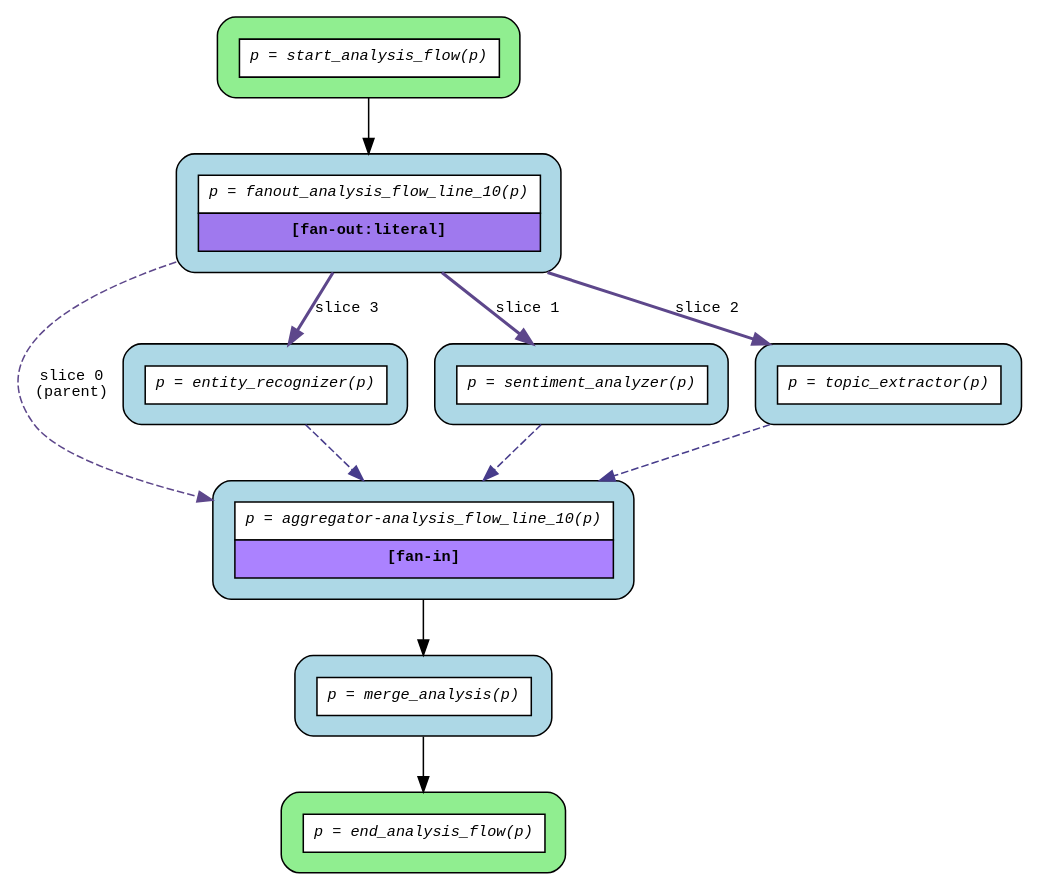
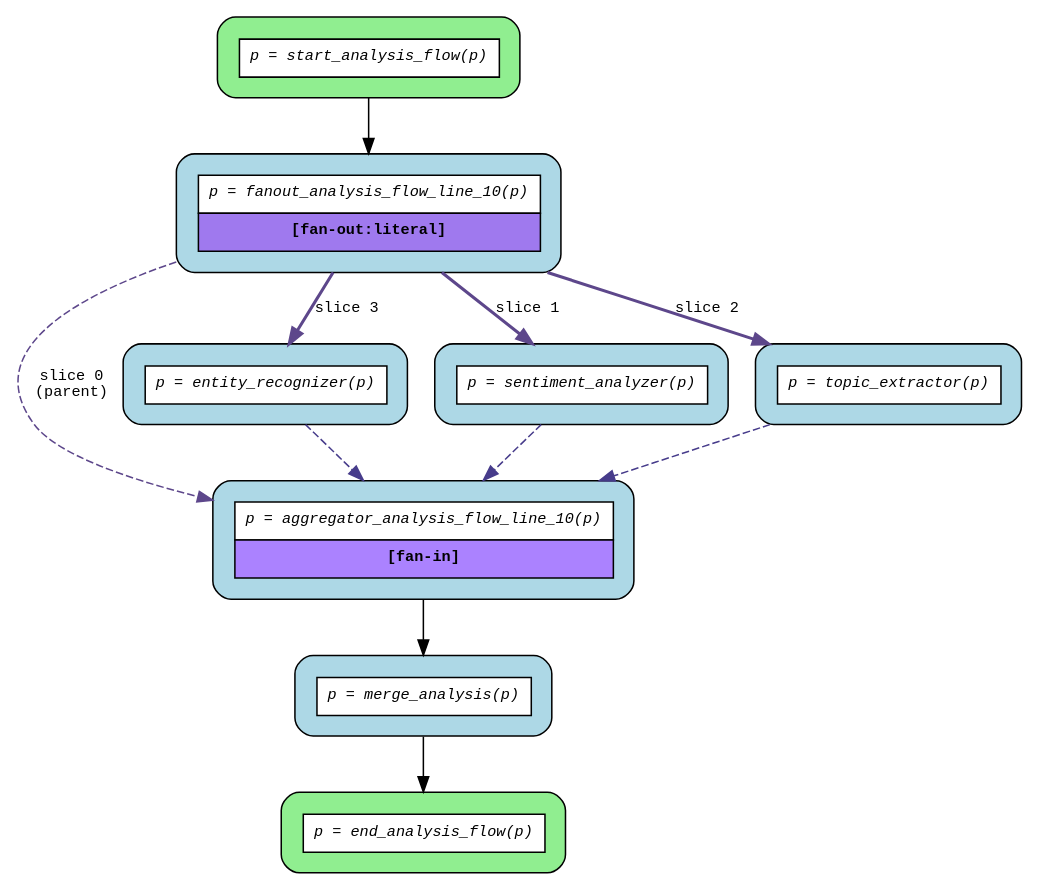
One commit to deliveryhero/asya changed the diagram in examples/flows/compiled/fanout_literal/flow.dot. Above: the diagram before and after it, drawn with Graphviz. The commit also changed 21 other files, not shown here.

```diff
--- a/examples/flows/compiled/fanout_literal/flow.dot
+++ b/examples/flows/compiled/fanout_literal/flow.dot
@@ -1,26 +1,26 @@
 digraph flow {
   rankdir=TB;
   graph [fontname="Courier", fontsize=10];
   node [fontname="Courier", fontsize=10, shape=box, style="filled,rounded", margin="0.2"];
   edge [fontname="Courier", fontsize=10];
 
   start_analysis_flow [fillcolor="lightgreen", label=<<table border="0" cellspacing="0" cellpadding="6" cellborder="1"><tr><td bgcolor="white" align="center"><i>p = start_analysis_flow(p)</i></td></tr></table>>];
   fanout_analysis_flow_line_10 [fillcolor="lightblue", label=<<table border="0" cellspacing="0" cellpadding="6" cellborder="1"><tr><td bgcolor="white" align="center"><i>p = fanout_analysis_flow_line_10(p)</i></td></tr><tr><td bgcolor="mediumpurple2" align="center"><b>[fan-out:literal]</b></td></tr></table>>];
   end_analysis_flow [fillcolor="lightgreen", label=<<table border="0" cellspacing="0" cellpadding="6" cellborder="1"><tr><td bgcolor="white" align="center"><i>p = end_analysis_flow(p)</i></td></tr></table>>];
-  aggregator_analysis_flow_line_10 [fillcolor="lightblue", label=<<table border="0" cellspacing="0" cellpadding="6" cellborder="1"><tr><td bgcolor="white" align="center"><i>p = aggregator-analysis_flow_line_10(p)</i></td></tr><tr><td bgcolor="mediumpurple1" align="center"><b>[fan-in]</b></td></tr></table>>];
+  aggregator_analysis_flow_line_10 [fillcolor="lightblue", label=<<table border="0" cellspacing="0" cellpadding="6" cellborder="1"><tr><td bgcolor="white" align="center"><i>p = aggregator_analysis_flow_line_10(p)</i></td></tr><tr><td bgcolor="mediumpurple1" align="center"><b>[fan-in]</b></td></tr></table>>];
   entity_recognizer [fillcolor="lightblue", label=<<table border="0" cellspacing="0" cellpadding="6" cellborder="1"><tr><td bgcolor="white" align="center"><i>p = entity_recognizer(p)</i></td></tr></table>>];
   merge_analysis [fillcolor="lightblue", label=<<table border="0" cellspacing="0" cellpadding="6" cellborder="1"><tr><td bgcolor="white" align="center"><i>p = merge_analysis(p)</i></td></tr></table>>];
   sentiment_analyzer [fillcolor="lightblue", label=<<table border="0" cellspacing="0" cellpadding="6" cellborder="1"><tr><td bgcolor="white" align="center"><i>p = sentiment_analyzer(p)</i></td></tr></table>>];
   topic_extractor [fillcolor="lightblue", label=<<table border="0" cellspacing="0" cellpadding="6" cellborder="1"><tr><td bgcolor="white" align="center"><i>p = topic_extractor(p)</i></td></tr></table>>];
 
   aggregator_analysis_flow_line_10 -> merge_analysis;
   entity_recognizer -> aggregator_analysis_flow_line_10 [color=slateblue4, style=dashed];
   fanout_analysis_flow_line_10 -> aggregator_analysis_flow_line_10 [color=mediumpurple4, label="slice 0\n(parent)", style=dashed];
   fanout_analysis_flow_line_10 -> entity_recognizer [color=mediumpurple4, label="slice 3", style=bold];
   fanout_analysis_flow_line_10 -> sentiment_analyzer [color=mediumpurple4, label="slice 1", style=bold];
   fanout_analysis_flow_line_10 -> topic_extractor [color=mediumpurple4, label="slice 2", style=bold];
   merge_analysis -> end_analysis_flow;
   sentiment_analyzer -> aggregator_analysis_flow_line_10 [color=slateblue4, style=dashed];
   start_analysis_flow -> fanout_analysis_flow_line_10;
   topic_extractor -> aggregator_analysis_flow_line_10 [color=slateblue4, style=dashed];
 }
```
